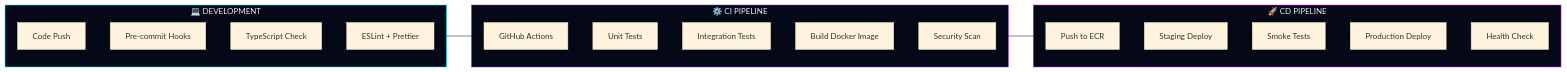
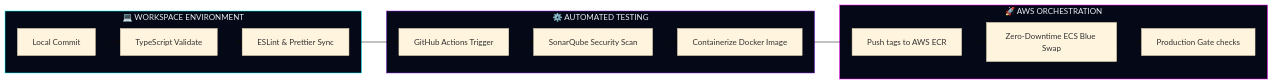
The second of 2 diagrams in README.md (Aviral-1/Aviral-1), drawn with Mermaid (base theme) before and after one commit. The commit also changed other lines of this file and 3 other files, not shown here.

````diff
--- a/README.md
+++ b/README.md
@@ -448,29 +293,24 @@
 ```mermaid
 flowchart LR
-    subgraph DEV["💻 DEVELOPMENT"]
-        A[Code Push] --> B[Pre-commit Hooks]
-        B --> C[TypeScript Check]
-        C --> D[ESLint + Prettier]
+    subgraph DEVELOP["💻 WORKSPACE ENVIRONMENT"]
+        A[Local Commit] --> B[TypeScript Validate]
+        B --> C[ESLint & Prettier Sync]
     end
 
-    subgraph CI["⚙️ CI PIPELINE"]
-        E[GitHub Actions] --> F[Unit Tests]
-        F --> G[Integration Tests]
-        G --> H[Build Docker Image]
-        H --> I[Security Scan]
+    subgraph CI["⚙️ AUTOMATED TESTING"]
+        D[GitHub Actions Trigger] --> E[SonarQube Security Scan]
+        E --> F[Containerize Docker Image]
     end
 
-    subgraph CD["🚀 CD PIPELINE"]
-        J[Push to ECR] --> K[Staging Deploy]
-        K --> L[Smoke Tests]
-        L --> M[Production Deploy]
-        M --> N[Health Check]
+    subgraph CD["🚀 AWS ORCHESTRATION"]
+        G[Push tags to AWS ECR] --> H[Zero-Downtime ECS Blue Swap]
+        H --> I[Production Gate checks]
     end
 
-    D --> E
-    I --> J
+    C --> D
+    F --> G
 
-    style DEV fill:#050816,stroke:#00F7FF,color:#E6EDF3
+    style DEVELOP fill:#050816,stroke:#00F7FF,color:#E6EDF3
     style CI fill:#050816,stroke:#8A2BE2,color:#E6EDF3
     style CD fill:#050816,stroke:#FF00FF,color:#E6EDF3
 ```
````
